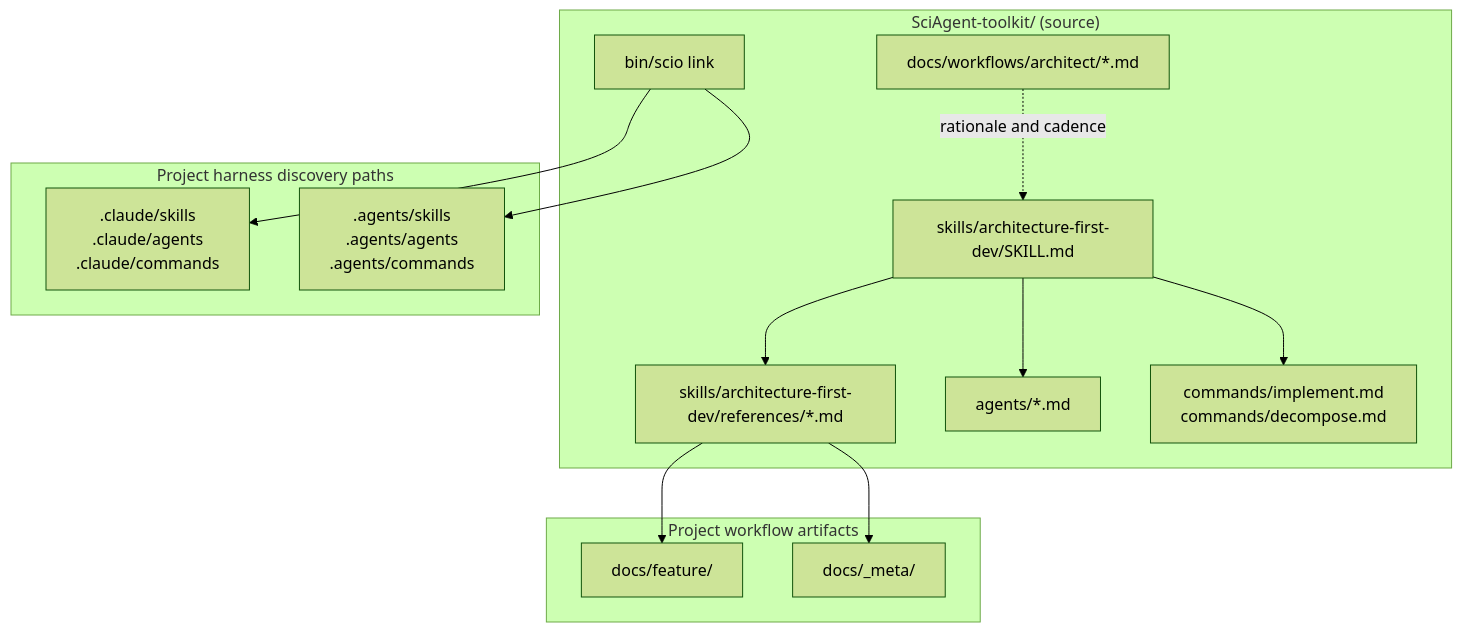
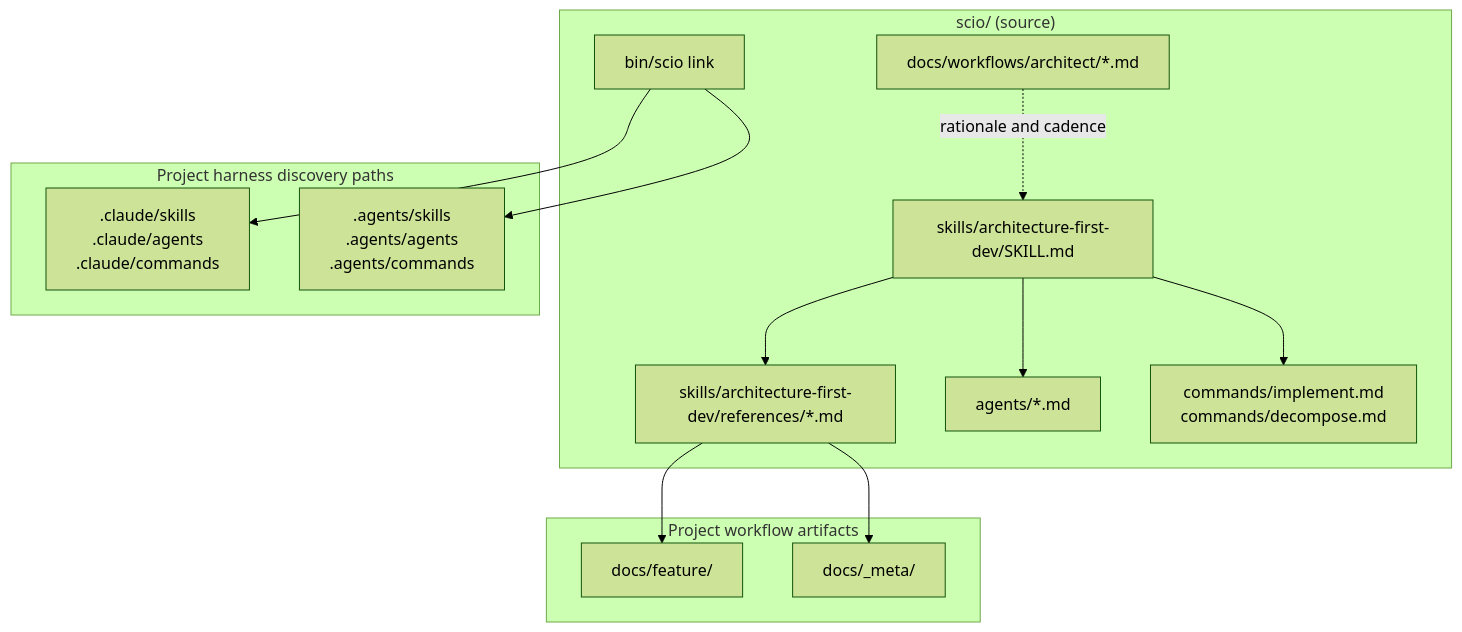
The first of 2 diagrams in docs/workflows/architect/01-architecture.md (tony-zhelonkin/SciAgent-toolkit), drawn with Mermaid (forest theme) before and after one commit. The commit also changed other lines of this file and 16 other files, not shown here.

````diff
--- a/docs/workflows/architect/01-architecture.md
+++ b/docs/workflows/architect/01-architecture.md
@@ -15,30 +15,30 @@
 ```mermaid
 graph TD
-    subgraph "SciAgent-toolkit/ (source)"
+    subgraph "scio/ (source)"
         ROUTER[skills/architecture-first-dev/SKILL.md]
         REFS[skills/architecture-first-dev/references/*.md]
         AGENTS[agents/*.md]
         COMMANDS[commands/implement.md<br/>commands/decompose.md]
         DOCS[docs/workflows/architect/*.md]
         LINK[bin/scio link]
     end
 
     subgraph "Project harness discovery paths"
         CLAUDE[.claude/skills<br/>.claude/agents<br/>.claude/commands]
         PORTABLE[.agents/skills<br/>.agents/agents<br/>.agents/commands]
     end
 
     subgraph "Project workflow artifacts"
         FEATURE[docs/feature/]
         META[docs/_meta/]
     end
 
     LINK --> CLAUDE
     LINK --> PORTABLE
     ROUTER --> REFS
     ROUTER --> AGENTS
     ROUTER --> COMMANDS
     DOCS -.rationale and cadence.-> ROUTER
     REFS --> FEATURE
     REFS --> META
 ```
````
